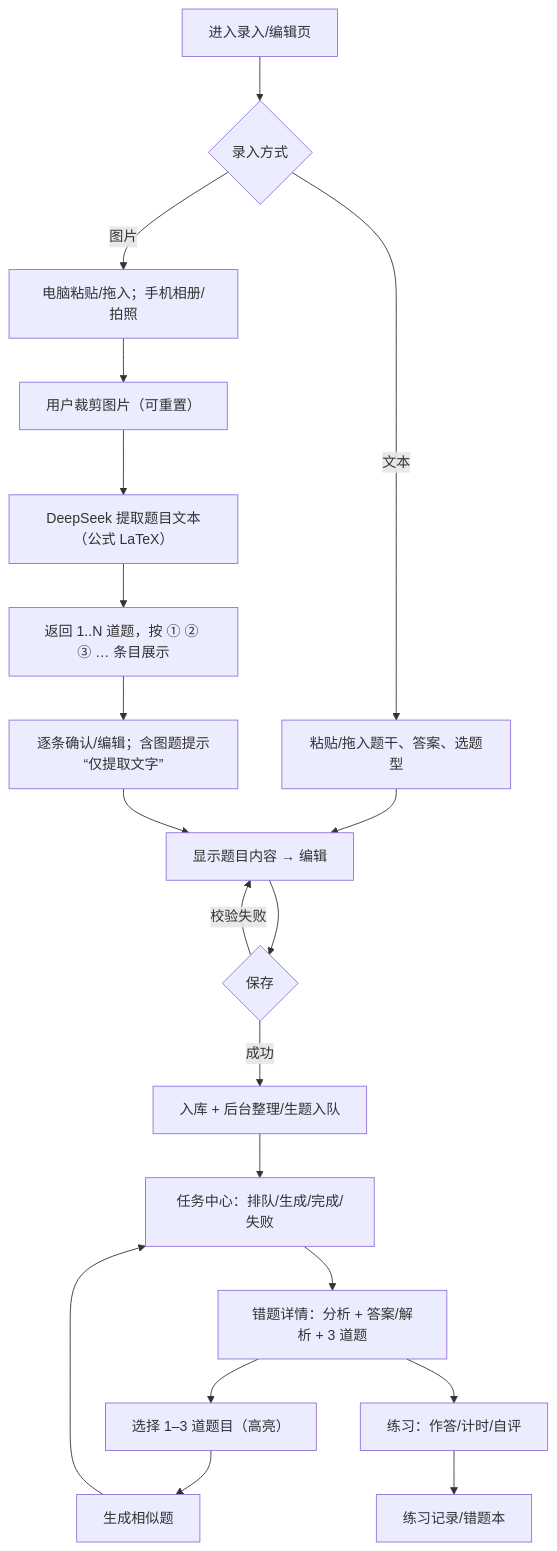
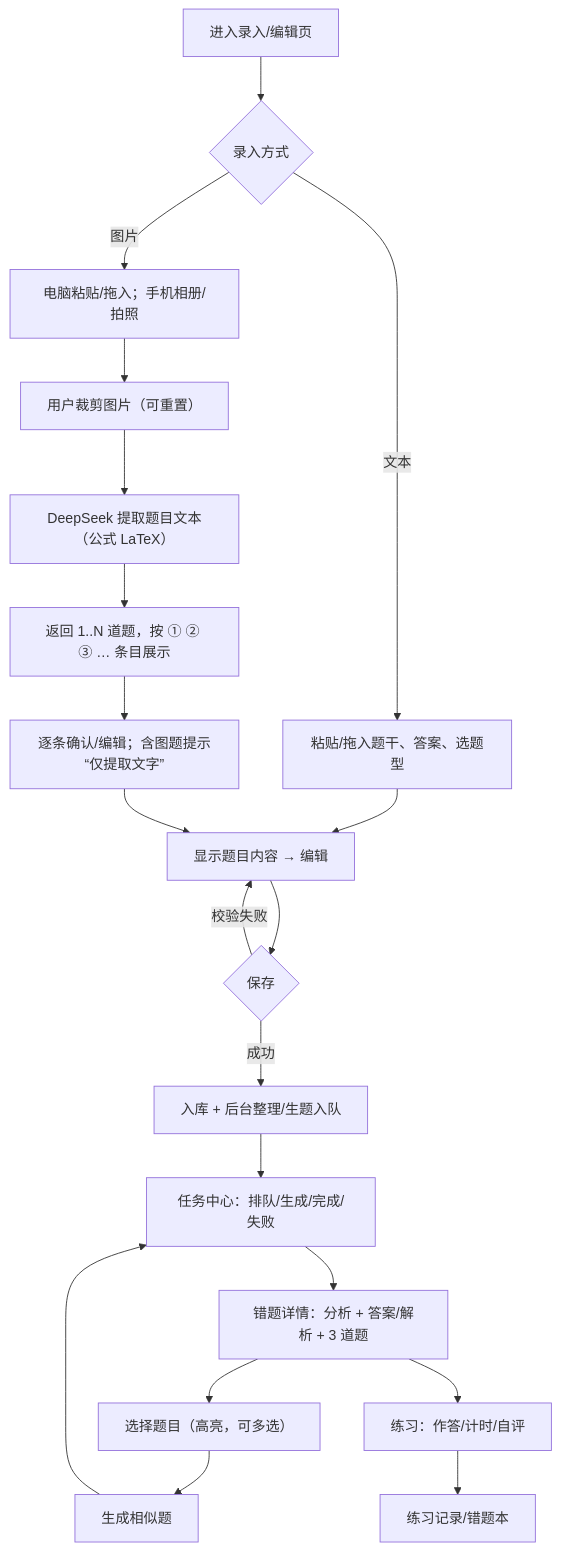
The second of 4 diagrams in docs/product/02-ia-and-flows.md (plmt3742/Bababoi-Learning-Machine), drawn with Mermaid before and after one commit. The commit also changed other lines of this file and 32 other files, not shown here.

````diff
--- a/docs/product/02-ia-and-flows.md
+++ b/docs/product/02-ia-and-flows.md
@@ -63,22 +63,22 @@
 ```mermaid
 flowchart TD
   A[进入录入/编辑页] --> B{录入方式}
   B -- 文本 --> C[粘贴/拖入题干、答案、选题型]
   B -- 图片 --> IMG[电脑粘贴/拖入；手机相册/拍照]
   IMG --> CROP[用户裁剪图片（可重置）]
   CROP --> EXTRACT[DeepSeek 提取题目文本（公式 LaTeX）]
   EXTRACT --> ITEMS[返回 1..N 道题，按 ① ② ③ … 条目展示]
   ITEMS --> CONFIRM[逐条确认/编辑；含图题提示“仅提取文字”]
   C --> EDIT[显示题目内容 → 编辑]
   CONFIRM --> EDIT
   EDIT --> SAVE{保存}
   SAVE -- 校验失败 --> EDIT
   SAVE -- 成功 --> QUEUE[入库 + 后台整理/生题入队]
   QUEUE --> TASK[任务中心：排队/生成/完成/失败]
   TASK --> DETAIL[错题详情：分析 + 答案/解析 + 3 道题]
-  DETAIL --> SELECT[选择 1–3 道题目（高亮）]
+  DETAIL --> SELECT[选择题目（高亮，可多选）]
   SELECT --> GENERATE[生成相似题]
   GENERATE --> TASK
   DETAIL --> PRACTICE[练习：作答/计时/自评]
   PRACTICE --> RECORD[练习记录/错题本]
 ```
````
